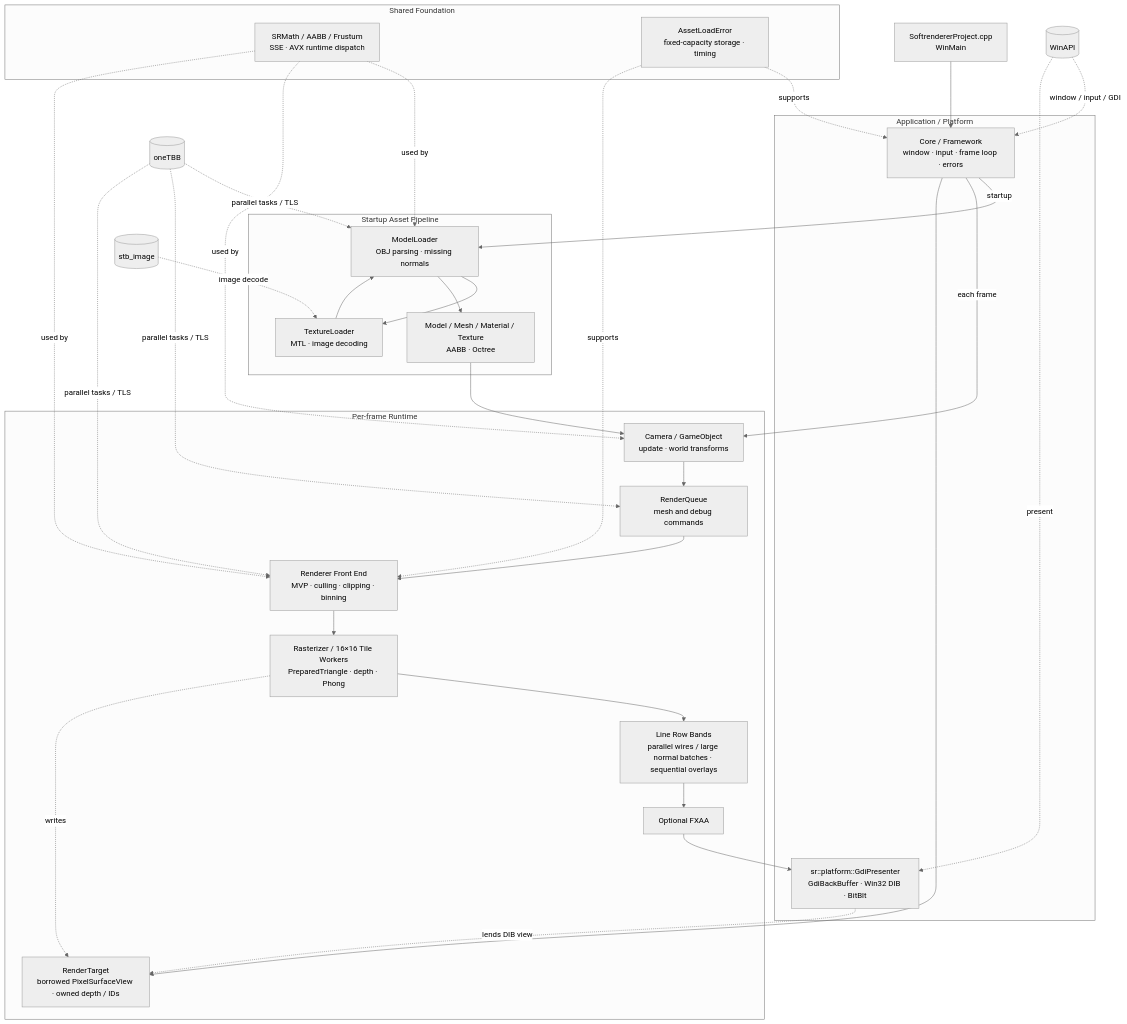
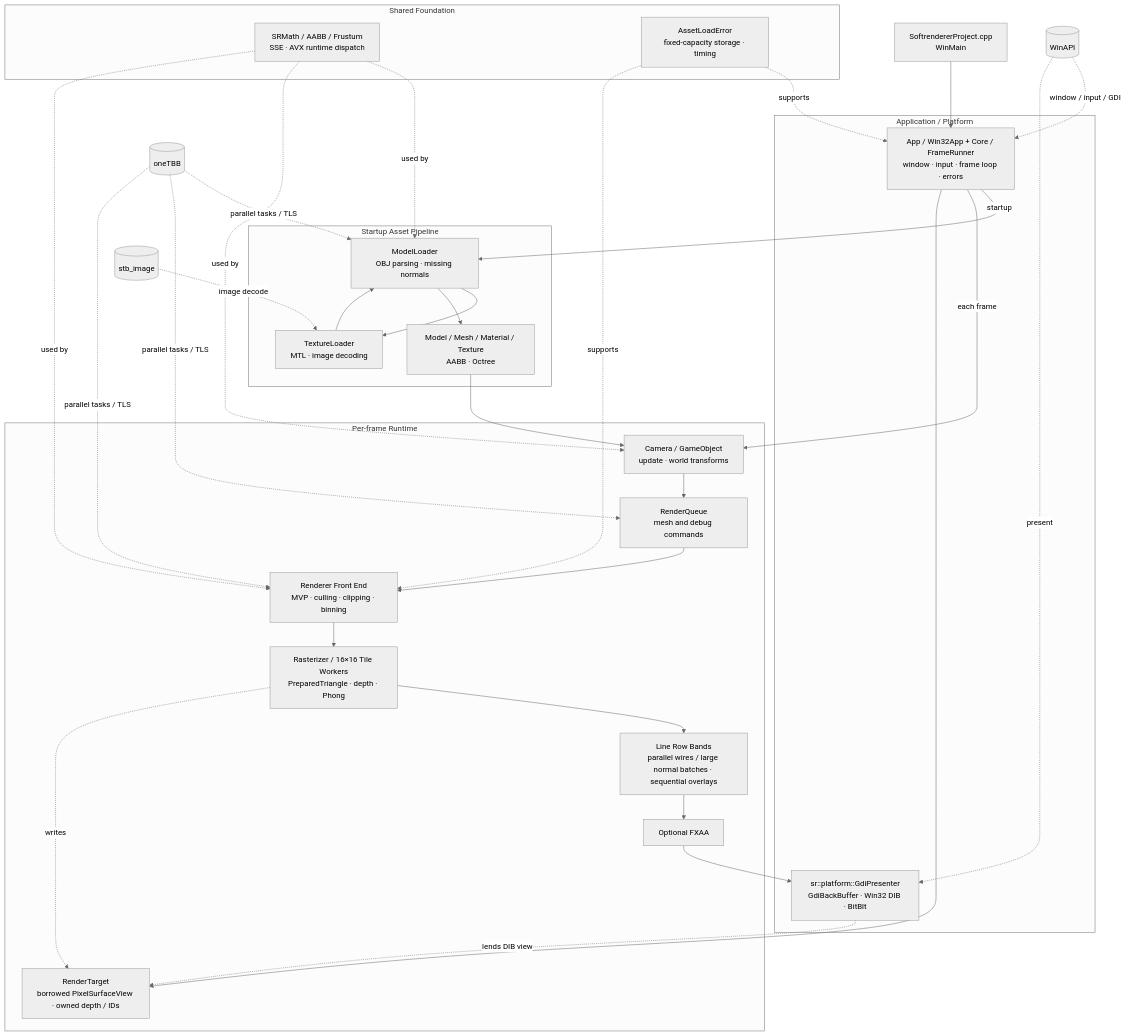
Before and after one commit to namsy8471/SoftwareRendererProject: the first of 2 diagrams in ARCHITECTURE.md, drawn with Mermaid (neutral theme). The commit also changed other lines of this file and 52 other files, not shown here.

First line of the commit message:
Split Framework into Scene, FrameRunner, Win32App and SceneRenderCollector

````diff
--- a/ARCHITECTURE.md
+++ b/ARCHITECTURE.md
@@ -11,54 +11,54 @@
 ```mermaid
 flowchart TB
     Entry["SoftrendererProject.cpp<br/>WinMain"]
 
     subgraph Application["Application / Platform"]
-        Framework["Core / Framework<br/>window · input · frame loop · errors"]
+        Framework["App / Win32App + Core / FrameRunner<br/>window · input · frame loop · errors"]
         GDI["sr::platform::GdiPresenter<br/>GdiBackBuffer · Win32 DIB · BitBlt"]
     end
 
     subgraph Content["Startup Asset Pipeline"]
         Loader["ModelLoader<br/>OBJ parsing · missing normals"]
         TextureLoader["TextureLoader<br/>MTL · image decoding"]
         Model["Model / Mesh / Material / Texture<br/>AABB · Octree"]
     end
 
     subgraph Runtime["Per-frame Runtime"]
         Scene["Camera / GameObject<br/>update · world transforms"]
         Queue["RenderQueue<br/>mesh and debug commands"]
         Renderer["Renderer Front End<br/>MVP · culling · clipping · binning"]
         Tiles["Rasterizer / 16×16 Tile Workers<br/>PreparedTriangle · depth · Phong"]
         Target["RenderTarget<br/>borrowed PixelSurfaceView · owned depth / IDs"]
         Lines["Line Row Bands<br/>parallel wires / large normal batches · sequential overlays"]
         FXAA["Optional FXAA"]
     end
 
     subgraph Foundation["Shared Foundation"]
         Math["SRMath / AABB / Frustum<br/>SSE · AVX runtime dispatch"]
         Utils["AssetLoadError<br/>fixed-capacity storage · timing"]
     end
 
     Entry --> Framework
     Framework -->|startup| Loader
     Loader --> TextureLoader
     TextureLoader --> Loader
     Loader --> Model
     Model --> Scene
     Framework -->|each frame| Scene
     Scene --> Queue --> Renderer --> Tiles --> Lines --> FXAA --> GDI
     Framework --> Target
     Tiles -. writes .-> Target
     GDI -. lends DIB view .-> Target
     Math -. used by .-> Loader
     Math -. used by .-> Scene
     Math -. used by .-> Renderer
     Utils -. supports .-> Framework
     Utils -. supports .-> Renderer
 
     oneTBB[(oneTBB)] -. parallel tasks / TLS .-> Loader
     oneTBB -. parallel tasks / TLS .-> Queue
     oneTBB -. parallel tasks / TLS .-> Renderer
     stb[(stb_image)] -. image decode .-> TextureLoader
     WinAPI[(WinAPI)] -. window / input / GDI .-> Framework
     WinAPI -. present .-> GDI
 ```
````
